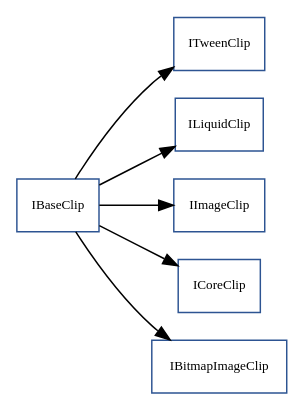
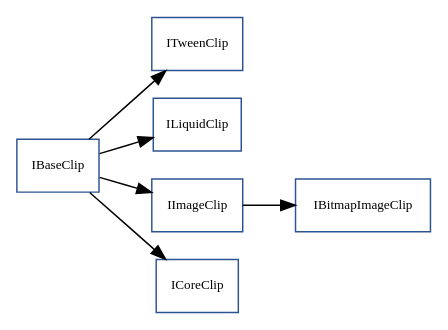
Before and after one commit to sekati/sasapi: the diagram in docs/com/sekati/display/interfaces.dot, drawn with Graphviz. The commit also changed 45 other files, not shown here.

```diff
--- a/docs/com/sekati/display/interfaces.dot
+++ b/docs/com/sekati/display/interfaces.dot
@@ -1,62 +1,62 @@
 strict digraph interface_diagram {
   rankdir=LR;
   ITweenClip[
     label="ITweenClip",
     URL="ITweenClip.html",
     tooltip="com.sekati.display.ITweenClip",
     fontname="Verdana-Italic",
     fontsize="9"
     color="#2d5492"
     shape="record"
   ];
   ILiquidClip[
     label="ILiquidClip",
     URL="ILiquidClip.html",
     tooltip="com.sekati.display.ILiquidClip",
     fontname="Verdana-Italic",
     fontsize="9"
     color="#2d5492"
     shape="record"
   ];
   IImageClip[
     label="IImageClip",
     URL="IImageClip.html",
     tooltip="com.sekati.display.IImageClip",
     fontname="Verdana-Italic",
     fontsize="9"
     color="#2d5492"
     shape="record"
   ];
   ICoreClip[
     label="ICoreClip",
     URL="ICoreClip.html",
     tooltip="com.sekati.display.ICoreClip",
     fontname="Verdana-Italic",
     fontsize="9"
     color="#2d5492"
     shape="record"
   ];
   IBitmapImageClip[
     label="IBitmapImageClip",
     URL="IBitmapImageClip.html",
     tooltip="com.sekati.display.IBitmapImageClip",
     fontname="Verdana-Italic",
     fontsize="9"
     color="#2d5492"
     shape="record"
   ];
   IBaseClip[
     label="IBaseClip",
     URL="IBaseClip.html",
     tooltip="com.sekati.display.IBaseClip",
     fontname="Verdana-Italic",
     fontsize="9"
     color="#2d5492"
     shape="record"
   ];
   IBaseClip -> ITweenClip;
   IBaseClip -> ILiquidClip;
   IBaseClip -> IImageClip;
   IBaseClip -> ICoreClip;
-  IBaseClip -> IBitmapImageClip;
+  IImageClip -> IBitmapImageClip;
 }
```
